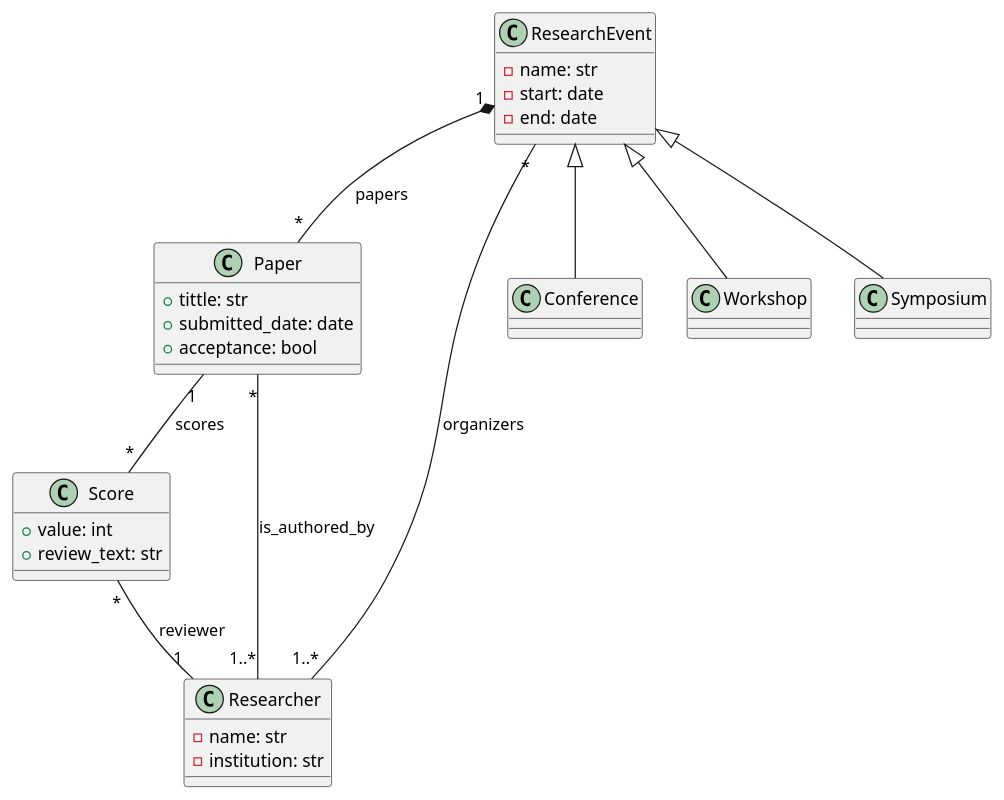
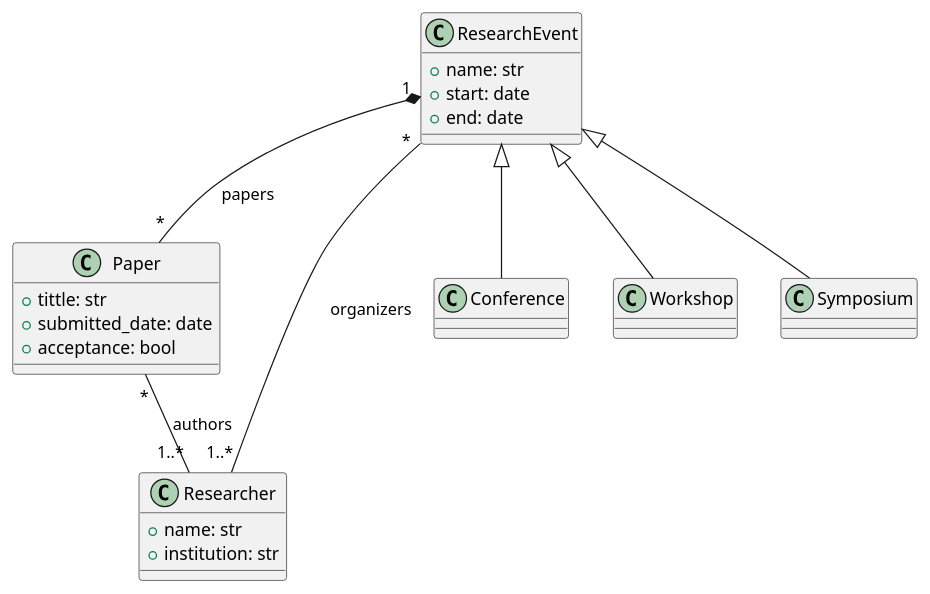
One commit to BESSER-PEARL/BESSER-education changed the diagram in lab1_besser_basics/models/model.plantuml. Above: the diagram before and after it, drawn with PlantUML. The commit also changed 5 other files, not shown here.

```diff
--- a/lab1_besser_basics/models/model.plantuml
+++ b/lab1_besser_basics/models/model.plantuml
@@ -1,41 +1,34 @@
 @startuml
 class Paper {
   + tittle: str
   + submitted_date: date
   + acceptance: bool
 }
 
-class Score {
-  + value: int
-  + review_text: str 
-}
-
 class Researcher {
-  - name: str
-  - institution: str
+  + name: str
+  + institution: str
 }
 
 class ResearchEvent{
-  - name: str
-  - start: date
-  - end: date
+  + name: str
+  + start: date
+  + end: date
 }
 
 class Conference {
 }
 
 class Workshop {
 }
 
 class Symposium {
 }
 
-Paper "1" -- "*" Score: scores
-Score "*" -- "1" Researcher: reviewer
-Paper "*" -- "1..*" Researcher: is_authored_by
+Paper "*" -- "1..*" Researcher: authors
 ResearchEvent "*" -- "1..*" Researcher: organizers
 ResearchEvent "1" *-- "*" Paper: papers
 ResearchEvent <|-- Conference
 ResearchEvent <|-- Workshop
 ResearchEvent <|-- Symposium
 @enduml
```
